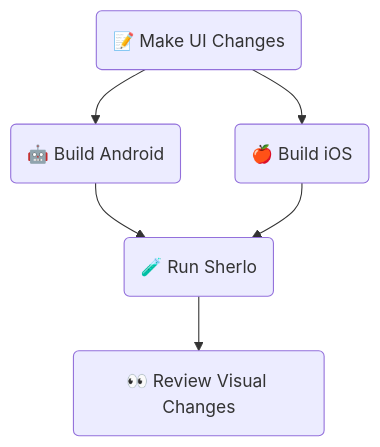
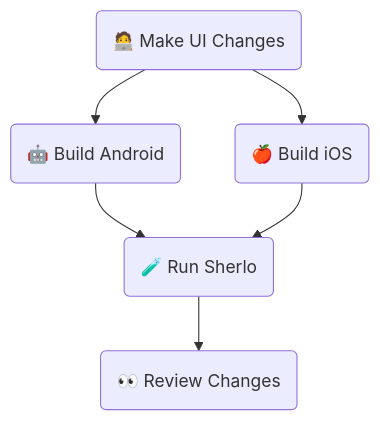
One commit to sherlo-io/sherlo changed the first of 4 diagrams in examples/standard/README.md. Above: the diagram before and after it, drawn with Mermaid. The commit also changed other lines of this file, not shown here.

````diff
--- a/examples/standard/README.md
+++ b/examples/standard/README.md
@@ -9,14 +9,14 @@
 ```mermaid
 flowchart TD
-    UI(📝 Make UI Changes)
+    UI(🧑‍💻 Make UI Changes)
     Android(🤖 Build Android)
     iOS(🍎 Build iOS)
     Sherlo(🧪 Run Sherlo)
-    Review(👀 Review Visual Changes)
+    Review(👀 Review Changes)
 
     UI --> Android
     UI --> iOS
     Android --> Sherlo
     iOS --> Sherlo
     Sherlo --> Review
 ```
````
